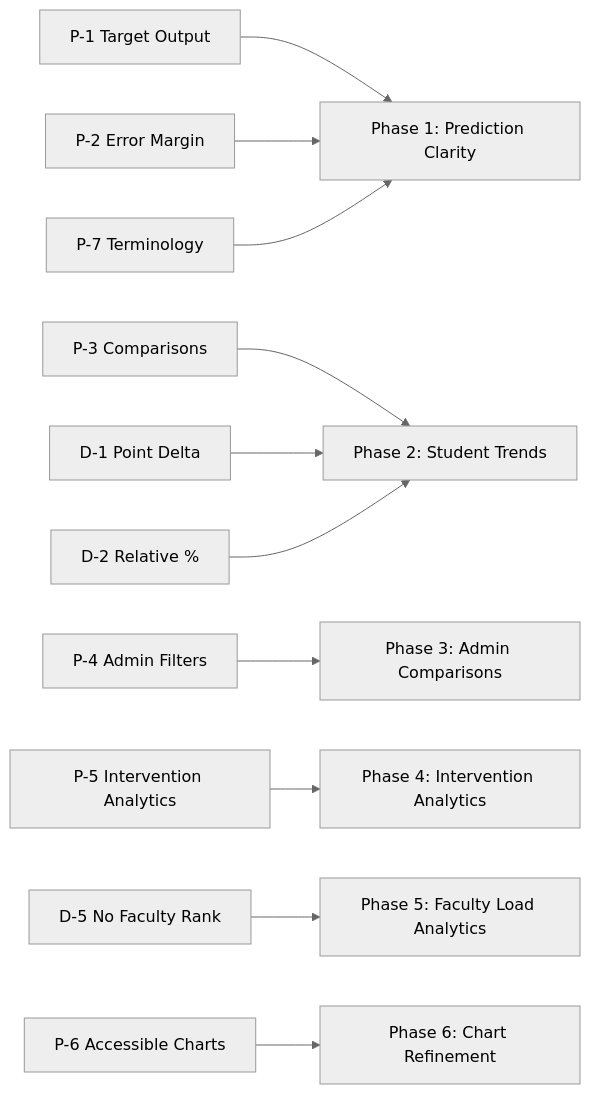
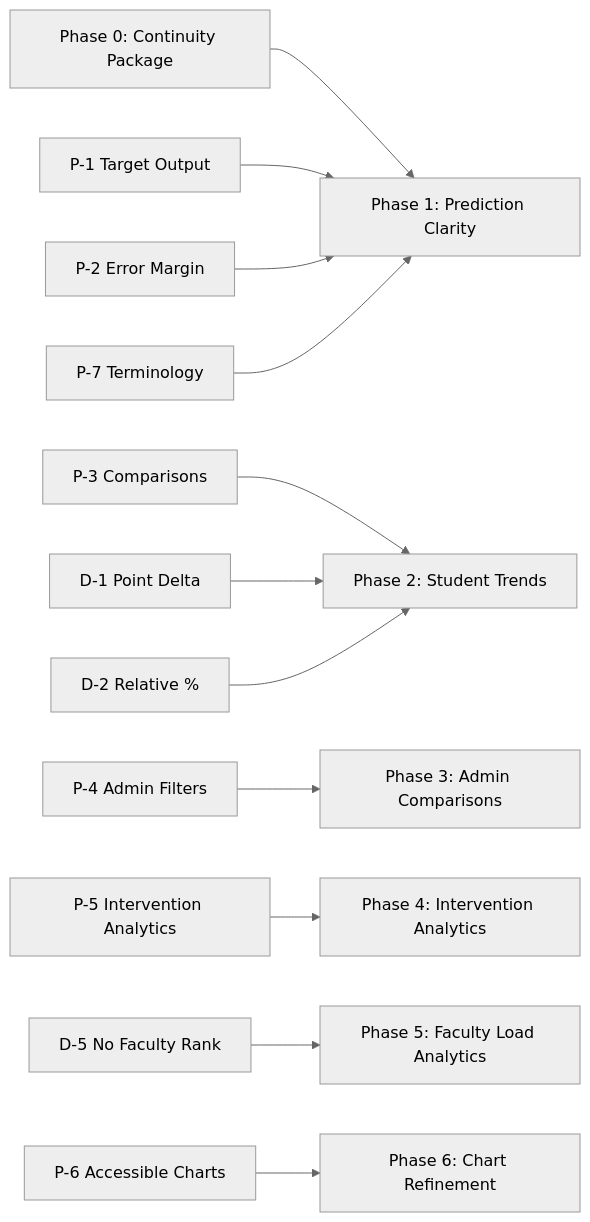
Before and after one commit to jendrickcon/udm-radar: the diagram in docs/post-defense/01_DEFENSE_FEEDBACK_AND_DECISIONS.md, drawn with Mermaid (neutral theme). The commit also changed other lines of this file and 17 other files, not shown here.

````diff
--- a/docs/post-defense/01_DEFENSE_FEEDBACK_AND_DECISIONS.md
+++ b/docs/post-defense/01_DEFENSE_FEEDBACK_AND_DECISIONS.md
@@ -72,15 +74,16 @@
 ```mermaid
 flowchart LR
-    P1[P-1 Target Output] --> Phase1[Phase 1: Prediction Clarity]
+    P0[Phase 0: Continuity Package] --> Phase1[Phase 1: Prediction Clarity]
+    P1[P-1 Target Output] --> Phase1
     P2[P-2 Error Margin] --> Phase1
     P7[P-7 Terminology] --> Phase1
 
     P3[P-3 Comparisons] --> Phase2[Phase 2: Student Trends]
     D1[D-1 Point Delta] --> Phase2
     D2[D-2 Relative %] --> Phase2
 
     P4[P-4 Admin Filters] --> Phase3[Phase 3: Admin Comparisons]
     P5[P-5 Intervention Analytics] --> Phase4[Phase 4: Intervention Analytics]
     D5[D-5 No Faculty Rank] --> Phase5[Phase 5: Faculty Load Analytics]
     P6[P-6 Accessible Charts] --> Phase6[Phase 6: Chart Refinement]
 ```
````
